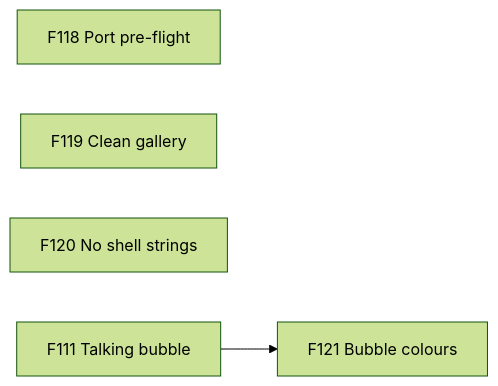
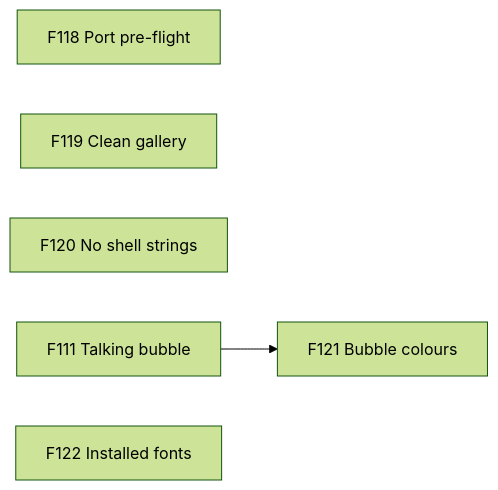
Before and after one commit to TheBlueMuzzy/framework: diagram 13 of 13 in .planning/ROADMAP.md, drawn with Mermaid (forest theme). The commit also changed other lines of this file and 2 other files, not shown here.

Commit message:
Sprint 32: pull in F122 — Fonts library lists every installed font (auto mode)

````diff
--- a/.planning/ROADMAP.md
+++ b/.planning/ROADMAP.md
@@ -295,7 +296,8 @@
 ```mermaid
 flowchart LR
   F118[F118 Port pre-flight]
   F119[F119 Clean gallery]
   F120[F120 No shell strings]
   F111[F111 Talking bubble] --> F121[F121 Bubble colours]
+  F122[F122 Installed fonts]
 ```
````
